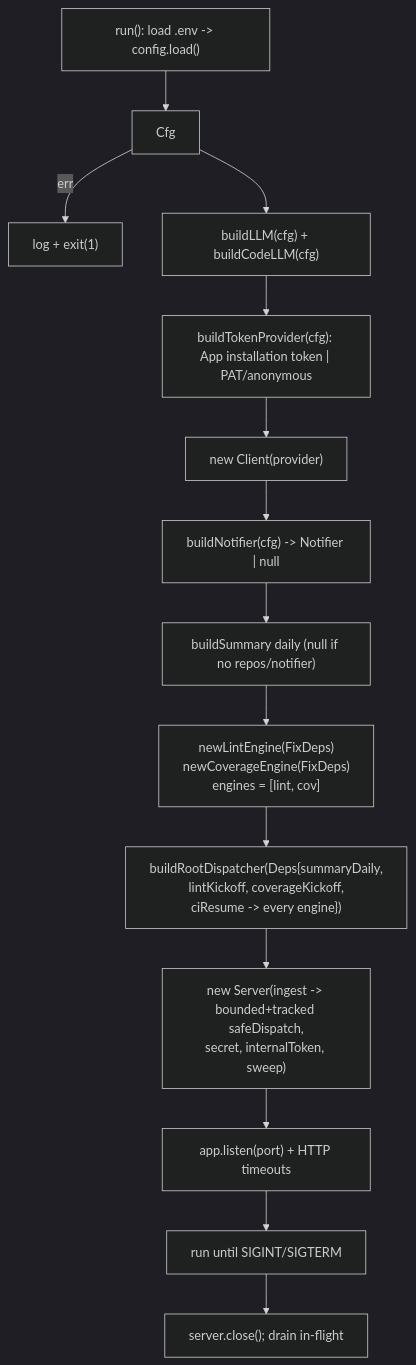
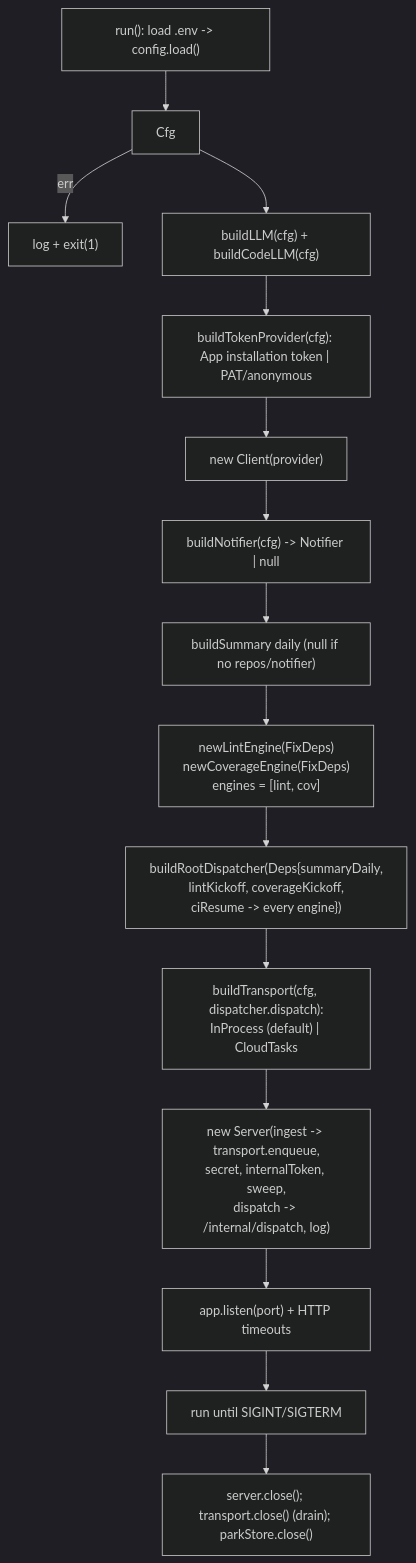
The diagram in javascript/cmd/agent/AGENTS.md (jkjamies/automation-agent), drawn with Mermaid (dark theme) before and after one commit. The commit also changed other lines of this file and 20 other files, not shown here.

First line of the commit message:
Add in-request execution transport (Cloud Tasks) to the JS port (#21)

````diff
--- a/javascript/cmd/agent/AGENTS.md
+++ b/javascript/cmd/agent/AGENTS.md
@@ -5,16 +5,17 @@
 ```mermaid
 flowchart TD
     Main["run(): load .env -> config.load()"] --> Cfg
     Cfg -->|err| Fatal["log + exit(1)"]
     Cfg --> LLM["buildLLM(cfg) + buildCodeLLM(cfg)"]
     LLM --> Prov["buildTokenProvider(cfg): App installation token | PAT/anonymous"]
     Prov --> GH["new Client(provider)"]
     GH --> Notif["buildNotifier(cfg) -> Notifier | null"]
     Notif --> SumA["buildSummary daily (null if no repos/notifier)"]
     SumA --> Eng["newLintEngine(FixDeps)\nnewCoverageEngine(FixDeps)\nengines = [lint, cov]"]
     Eng --> Disp["buildRootDispatcher(Deps{summaryDaily,\nlintKickoff, coverageKickoff,\nciResume -> every engine})"]
-    Disp --> Web["new Server(ingest -> bounded+tracked safeDispatch,\nsecret, internalToken, sweep)"]
+    Disp --> Tx["buildTransport(cfg, dispatcher.dispatch):\nInProcess (default) | CloudTasks"]
+    Tx --> Web["new Server(ingest -> transport.enqueue,\nsecret, internalToken, sweep,\ndispatch -> /internal/dispatch, log)"]
     Web --> Listen["app.listen(port) + HTTP timeouts"]
     Listen --> Block["run until SIGINT/SIGTERM"]
-    Block --> Shutdown["server.close(); drain in-flight"]
+    Block --> Shutdown["server.close(); transport.close() (drain); parkStore.close()"]
 ```
````
